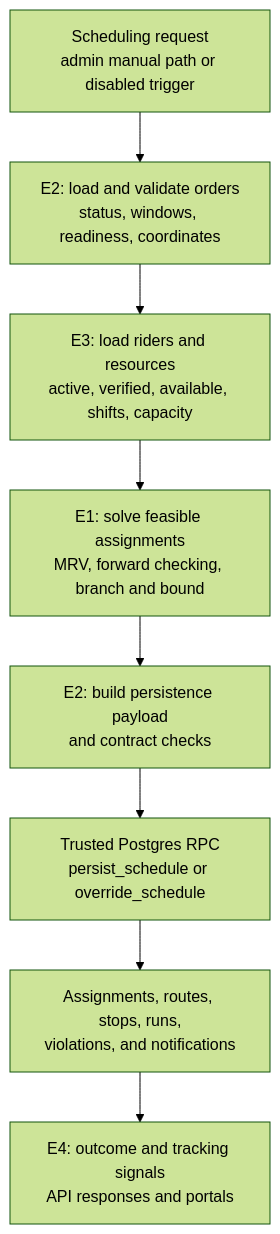
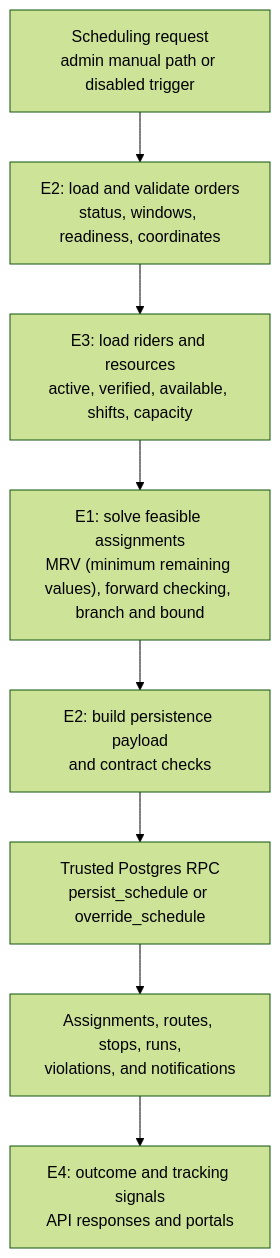
One commit to Nikhil306-ctrl/RouteSync changed the second of 4 diagrams in README.md. Above: the diagram before and after it, drawn with Mermaid (forest theme). The commit also changed other lines of this file, not shown here.

````diff
--- a/README.md
+++ b/README.md
@@ -170,10 +160,10 @@
 ```mermaid
 flowchart TD
   A["Scheduling request<br/>admin manual path or disabled trigger"] --> B["E2: load and validate orders<br/>status, windows, readiness, coordinates"]
   B --> C["E3: load riders and resources<br/>active, verified, available, shifts, capacity"]
-  C --> D["E1: solve feasible assignments<br/>MRV, forward checking, branch and bound"]
+  C --> D["E1: solve feasible assignments<br/>MRV (minimum remaining values), forward checking, branch and bound"]
   D --> E["E2: build persistence payload<br/>and contract checks"]
   E --> F["Trusted Postgres RPC<br/>persist_schedule or override_schedule"]
   F --> G["Assignments, routes, stops, runs,<br/>violations, and notifications"]
   G --> H["E4: outcome and tracking signals<br/>API responses and portals"]
 ```
````
